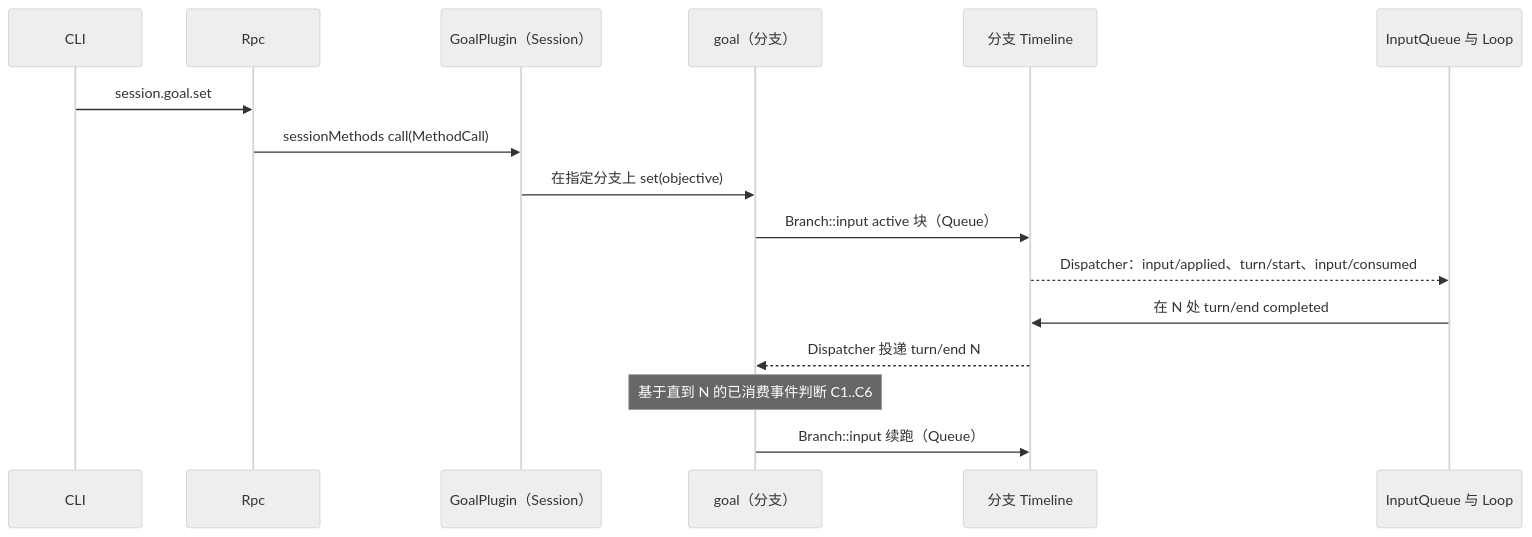
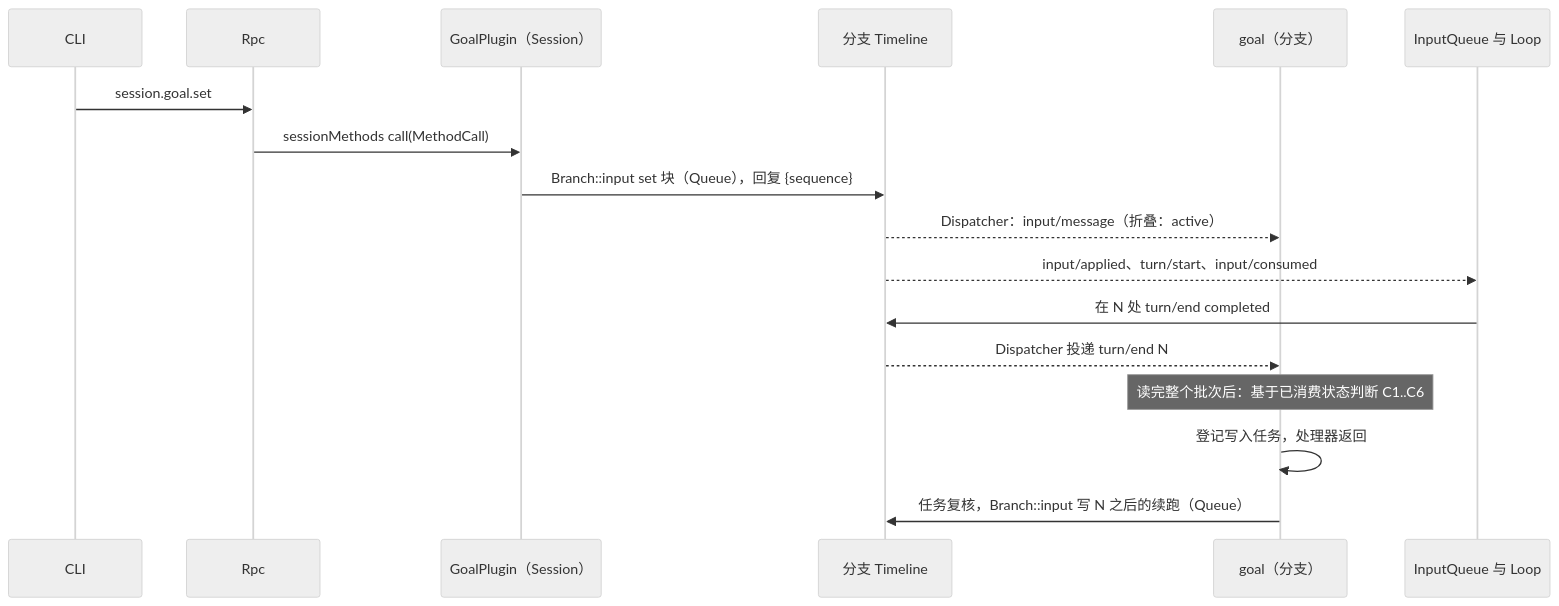
The third of 6 diagrams in docs/zh/design/plugins/Goal.md (CoutinhoTTS/dim-agent), drawn with Mermaid (neutral theme) before and after one commit. The commit also changed other lines of this file and 40 other files, not shown here.

````diff
--- a/docs/zh/design/plugins/Goal.md
+++ b/docs/zh/design/plugins/Goal.md
@@ -85,18 +104,19 @@
 ```mermaid
 sequenceDiagram
   participant CLI
   participant Rpc
   participant GS as GoalPlugin（Session）
+  participant TL as 分支 Timeline
   participant G as goal（分支）
-  participant TL as 分支 Timeline
   participant IQ as InputQueue 与 Loop
   CLI->>Rpc: session.goal.set
   Rpc->>GS: sessionMethods call(MethodCall)
-  GS->>G: 在指定分支上 set(objective)
-  G->>TL: Branch::input active 块（Queue）
-  TL-->>IQ: Dispatcher：input/applied、turn/start、input/consumed
+  GS->>TL: Branch::input set 块（Queue），回复 {sequence}
+  TL-->>G: Dispatcher：input/message（折叠：active）
+  TL-->>IQ: input/applied、turn/start、input/consumed
   IQ->>TL: 在 N 处 turn/end completed
   TL-->>G: Dispatcher 投递 turn/end N
-  Note over G: 基于直到 N 的已消费事件判断 C1..C6
-  G->>TL: Branch::input 续跑（Queue）
+  Note over G: 读完整个批次后：基于已消费状态判断 C1..C6
+  G->>G: 登记写入任务，处理器返回
+  G->>TL: 任务复核，Branch::input 写 N 之后的续跑（Queue）
 ```
````
